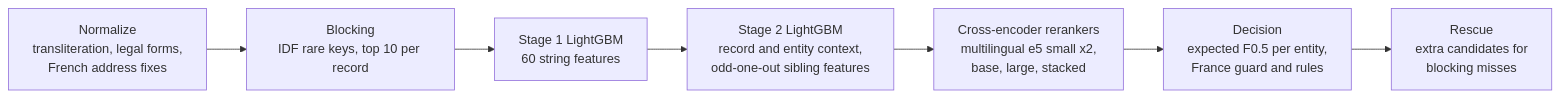
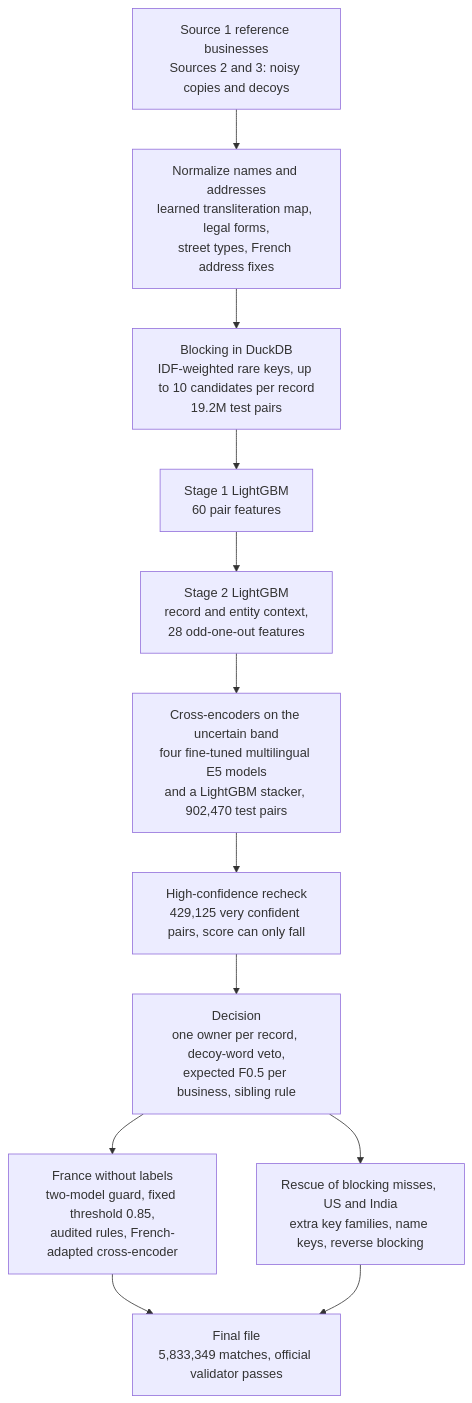
Before and after one commit to singhharsh1708/amazon-ml-challenge-2026: the diagram in README.md, drawn with Mermaid. The commit also changed other lines of this file and 21 other files, not shown here.

Commit message:
Add detailed documentation, charts and the submitted package documents

````diff
--- a/README.md
+++ b/README.md
@@ -15,9 +64,15 @@
 ```mermaid
-flowchart LR
-  A[Normalize<br/>transliteration, legal forms,<br/>French address fixes] --> B[Blocking<br/>IDF rare keys, top 10 per record]
-  B --> C[Stage 1 LightGBM<br/>60 string features]
-  C --> D[Stage 2 LightGBM<br/>record and entity context,<br/>odd-one-out sibling features]
-  D --> E[Cross-encoder rerankers<br/>multilingual e5 small x2,<br/>base, large, stacked]
-  E --> F[Decision<br/>expected F0.5 per entity,<br/>France guard and rules]
-  F --> G[Rescue<br/>extra candidates for<br/>blocking misses]
+flowchart TD
+    IN["Source 1 reference businesses<br/>Sources 2 and 3: noisy copies and decoys"] --> NORM
+    NORM["Normalize names and addresses<br/>learned transliteration map, legal forms,<br/>street types, French address fixes"] --> BLOCK
+    BLOCK["Blocking in DuckDB<br/>IDF-weighted rare keys, up to 10 candidates per record<br/>19.2M test pairs"] --> ST1
+    ST1["Stage 1 LightGBM<br/>60 pair features"] --> ST2
+    ST2["Stage 2 LightGBM<br/>record and entity context,<br/>28 odd-one-out features"] --> CE
+    CE["Cross-encoders on the uncertain band<br/>four fine-tuned multilingual E5 models<br/>and a LightGBM stacker, 902,470 test pairs"] --> RC
+    RC["High-confidence recheck<br/>429,125 very confident pairs, score can only fall"] --> DEC
+    DEC["Decision<br/>one owner per record, decoy-word veto,<br/>expected F0.5 per business, sibling rule"] --> FR
+    DEC --> RES
+    FR["France without labels<br/>two-model guard, fixed threshold 0.85,<br/>audited rules, French-adapted cross-encoder"] --> OUT
+    RES["Rescue of blocking misses, US and India<br/>extra key families, name keys, reverse blocking"] --> OUT
+    OUT["Final file<br/>5,833,349 matches, official validator passes"]
 ```
````
